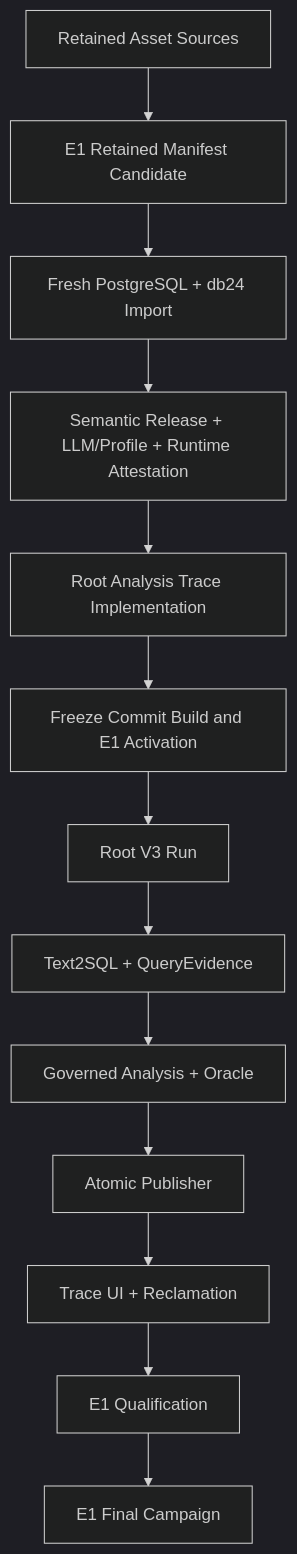
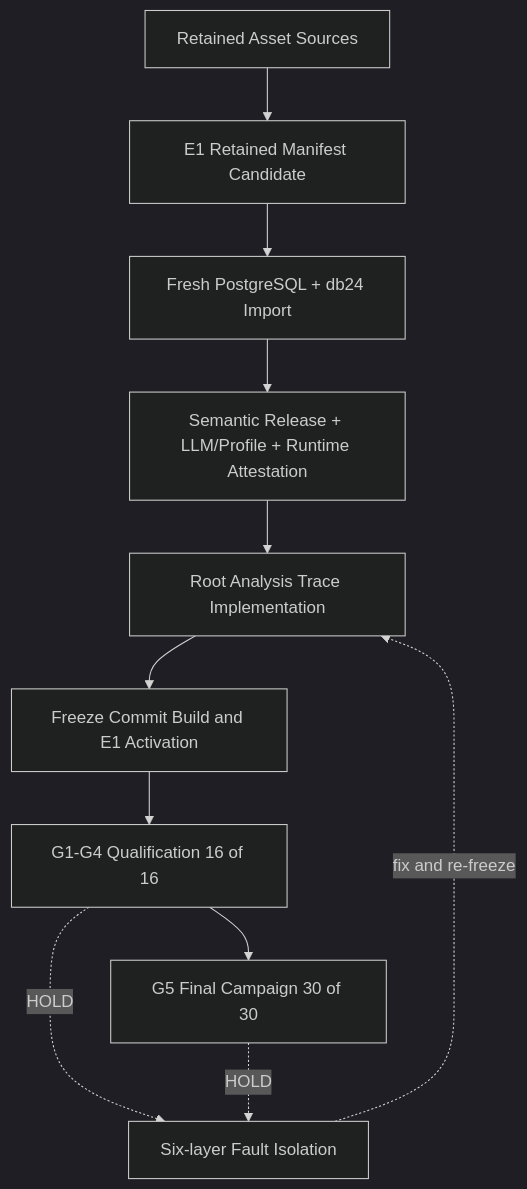
The first of 3 diagrams in docs/plans/2026-08-26-001-refactor-falcon24-e1-authority-reset-plan.md (LienJack/data-agent), drawn with Mermaid (dark theme) before and after one commit. The commit also changed other lines of this file, not shown here.

Commit message:
docs(plan): layer Falcon24 acceptance gates

````diff
--- a/docs/plans/2026-08-26-001-refactor-falcon24-e1-authority-reset-plan.md
+++ b/docs/plans/2026-08-26-001-refactor-falcon24-e1-authority-reset-plan.md
@@ -218,29 +227,23 @@
 ```mermaid
 flowchart TB
   A[Retained Asset Sources]
   B[E1 Retained Manifest Candidate]
   C[Fresh PostgreSQL + db24 Import]
   D[Semantic Release + LLM/Profile + Runtime Attestation]
   R[Root Analysis Trace Implementation]
   E[Freeze Commit Build and E1 Activation]
-  F[Root V3 Run]
-  G[Text2SQL + QueryEvidence]
-  H[Governed Analysis + Oracle]
-  I[Atomic Publisher]
-  J[Trace UI + Reclamation]
-  K[E1 Qualification]
-  L[E1 Final Campaign]
+  Q[G1-G4 Qualification 16 of 16]
+  L[G5 Final Campaign 30 of 30]
+  X[Six-layer Fault Isolation]
 
   A --> B
   B --> C
   C --> D
   D --> R
   R --> E
-  E --> F
-  F --> G
-  G --> H
-  H --> I
-  I --> J
-  J --> K
-  K --> L
+  E --> Q
+  Q --> L
+  Q -. HOLD .-> X
+  L -. HOLD .-> X
+  X -. fix and re-freeze .-> R
 ```
````
